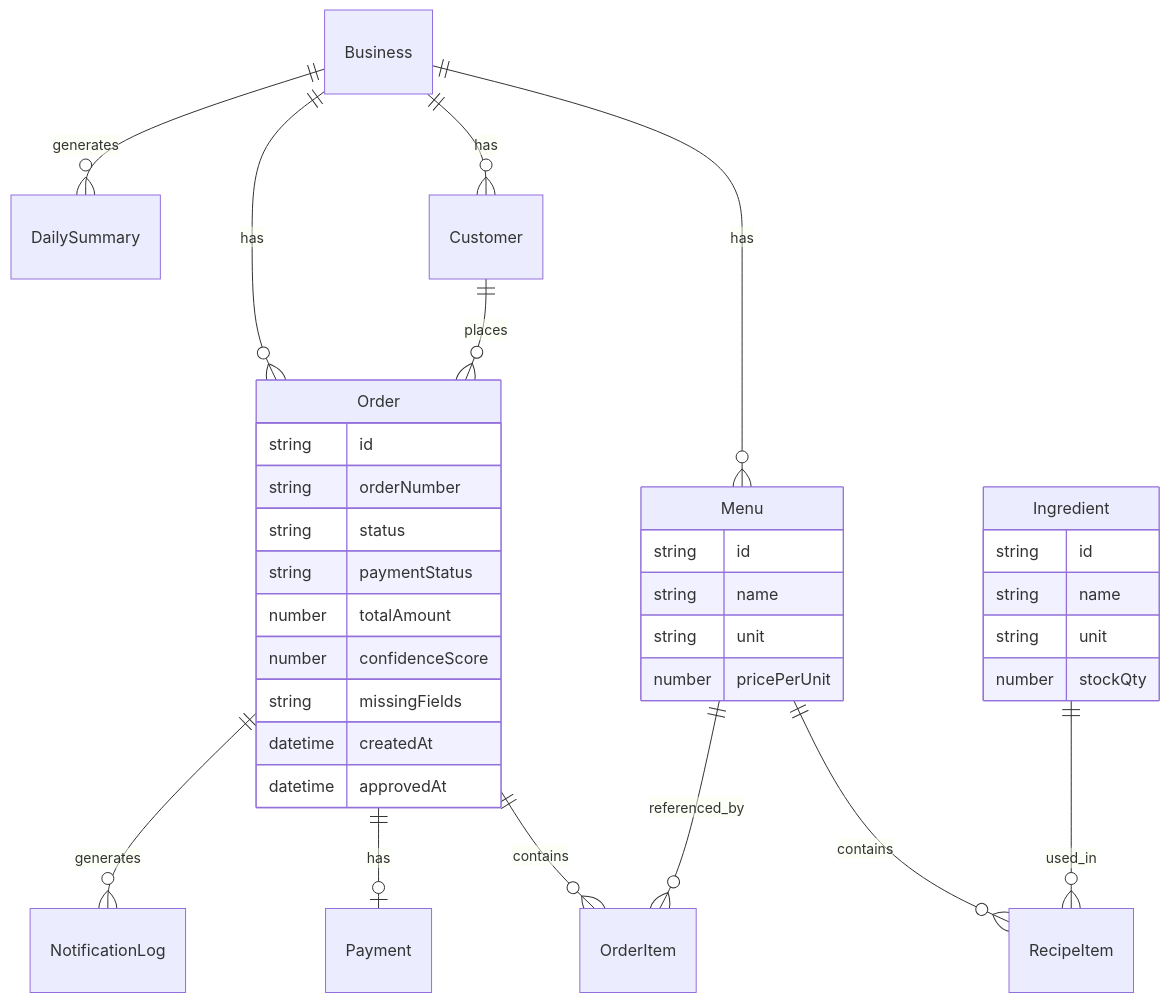
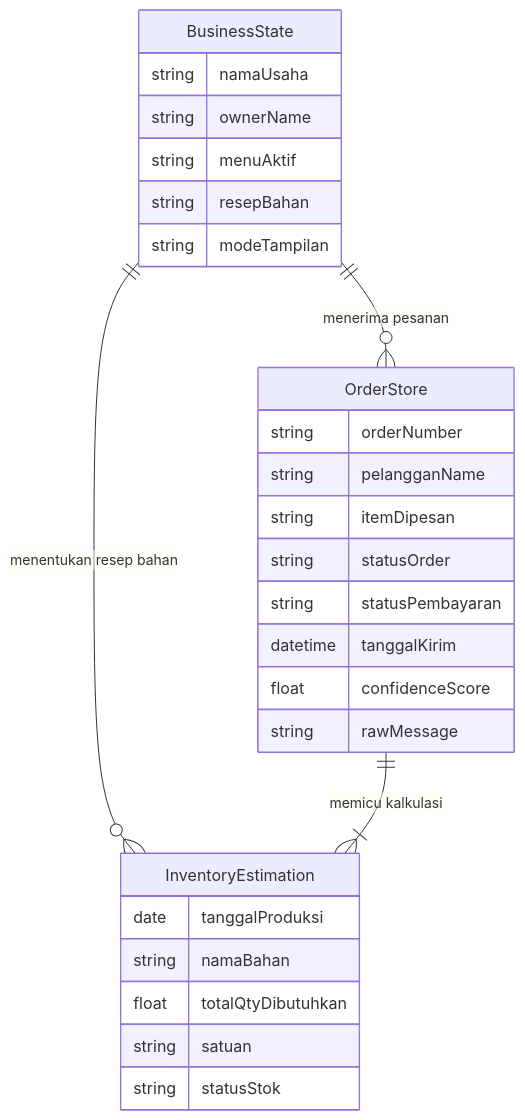
One commit to codezeros18/kuali changed the fifth of 5 diagrams in docs/proposal/99_FINAL_PROPOSAL_SUBMISSION.md. Above: the diagram before and after it, drawn with Mermaid. The commit also changed other lines of this file and 12 other files, not shown here.

````diff
--- a/docs/proposal/99_FINAL_PROPOSAL_SUBMISSION.md
+++ b/docs/proposal/99_FINAL_PROPOSAL_SUBMISSION.md
@@ -504,40 +534,33 @@
 ```mermaid
 erDiagram
-    Business ||--o{ Menu : has
-    Business ||--o{ Customer : has
-    Business ||--o{ Order : has
-    Menu ||--o{ RecipeItem : contains
-    Ingredient ||--o{ RecipeItem : used_in
-    Customer ||--o{ Order : places
-    Order ||--o{ OrderItem : contains
-    Menu ||--o{ OrderItem : referenced_by
-    Order ||--o| Payment : has
-    Order ||--o{ NotificationLog : generates
-    Business ||--o{ DailySummary : generates
+    BusinessState ||--o{ OrderStore : "menerima pesanan"
+    BusinessState ||--o{ InventoryEstimation : "menentukan resep bahan"
+    OrderStore ||--|{ InventoryEstimation : "memicu kalkulasi"
 
-    Order {
-        string id
-        string orderNumber
-        string status
-        string paymentStatus
-        number totalAmount
-        number confidenceScore
-        string missingFields
-        datetime createdAt
-        datetime approvedAt
+    BusinessState {
+        string namaUsaha
+        string ownerName
+        string menuAktif
+        string resepBahan
+        string modeTampilan
     }
 
-    Menu {
-        string id
-        string name
-        string unit
-        number pricePerUnit
+    OrderStore {
+        string orderNumber
+        string pelangganName
+        string itemDipesan
+        string statusOrder
+        string statusPembayaran
+        datetime tanggalKirim
+        float confidenceScore
+        string rawMessage
     }
 
-    Ingredient {
-        string id
-        string name
-        string unit
-        number stockQty
+    InventoryEstimation {
+        date tanggalProduksi
+        string namaBahan
+        float totalQtyDibutuhkan
+        string satuan
+        string statusStok
     }
 ```
````
